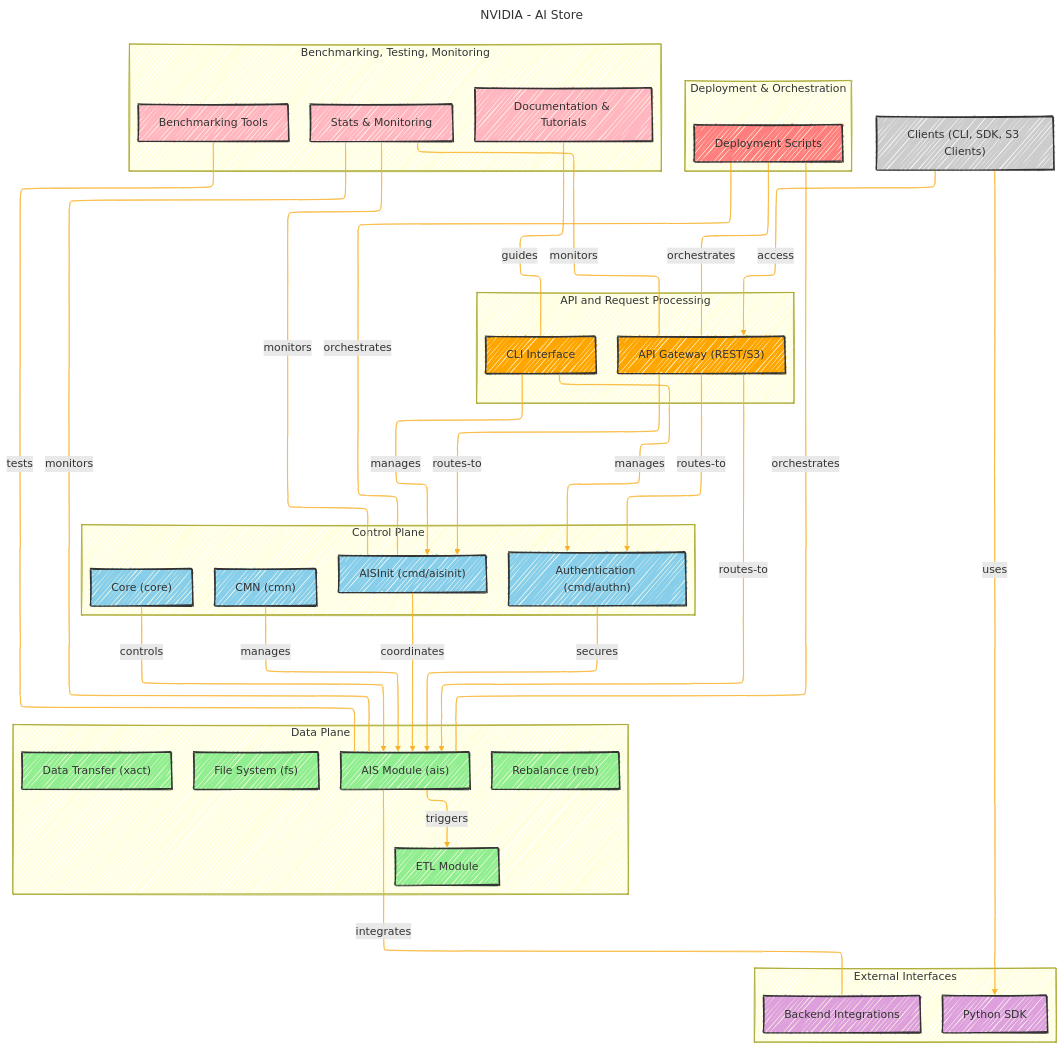
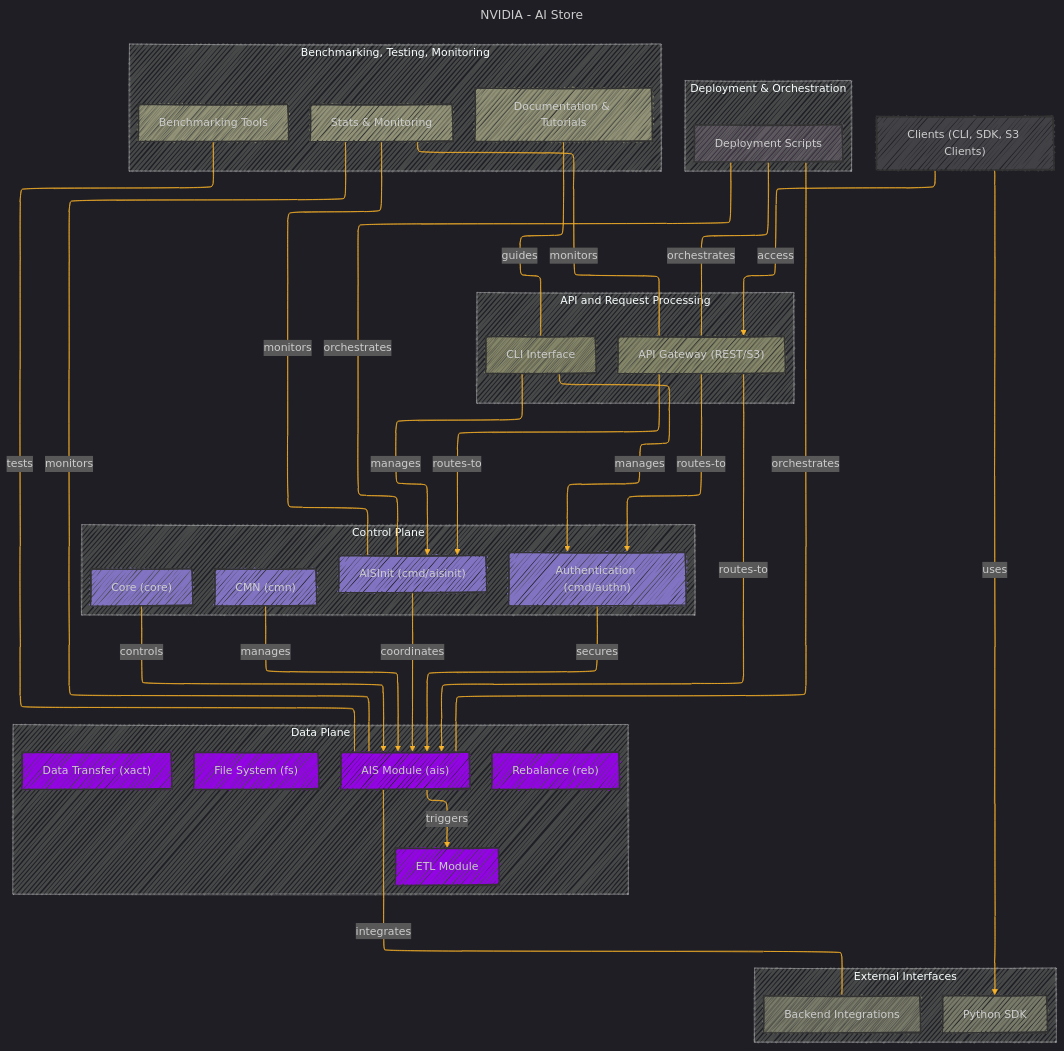
The diagram in NVIDIA/ai_store.md (CongLeSolutionX/ArchExplorer), drawn with Mermaid before and after one commit.

Commit message:
add more notes

```diff
--- a/NVIDIA/ai_store.md
+++ b/NVIDIA/ai_store.md
@@ -33,7 +33,7 @@
 config:
   layout: elk
   look: handDrawn
-  theme: default
+  theme: dark
 ---
 %%%%%%%% Mermaid version v11.4.1-b.14
 %%%%%%%% Toggle theme value to `base` to activate the initilization below for the customized theme version.
@@ -130,13 +130,13 @@
     Docs ---|"guides"| CLI
 
     %% Styling classes
-    classDef client fill:#CCCCCC,stroke:#333,stroke-width:2px;
-    classDef api fill:#FFA500,stroke:#333,stroke-width:2px;
-    classDef control fill:#87CEEB,stroke:#333,stroke-width:2px;
-    classDef data fill:#90EE90,stroke:#333,stroke-width:2px;
-    classDef external fill:#DDA0DD,stroke:#333,stroke-width:2px;
-    classDef deploy fill:#FF7F7F,stroke:#333,stroke-width:2px;
-    classDef monitor fill:#FFB6C1,stroke:#333,stroke-width:2px;
+    classDef client fill:#CCC3,stroke:#333,stroke-width:2px;
+    classDef api fill:#FFA5,stroke:#333,stroke-width:2px;
+    classDef control fill:#87CE,stroke:#333,stroke-width:2px;
+    classDef data fill:#90EE,stroke:#333,stroke-width:2px;
+    classDef external fill:#DDA5,stroke:#333,stroke-width:2px;
+    classDef deploy fill:#FCF2,stroke:#333,stroke-width:2px;
+    classDef monitor fill:#FFB6,stroke:#333,stroke-width:2px;
 
     %% Click Events for Control Plane
     click AISInit "https://github.com/nvidia/aistore/blob/main/cmd/aisinit/config.go"
```
